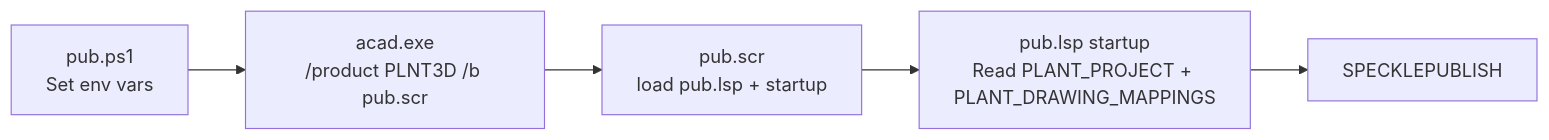
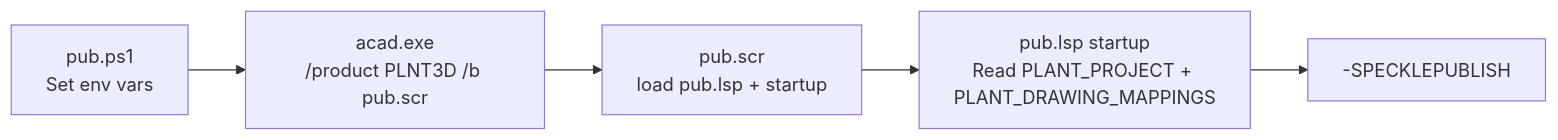
The second of 4 diagrams in Connectors/Autocad/Speckle.Connectors.Plant3dShared/Automation/readme.md (jcbsteve/speckle-sharp-connectors-fork), drawn with Mermaid before and after one commit. The commit also changed other lines of this file and 2 other files, not shown here.

````diff
--- a/Connectors/Autocad/Speckle.Connectors.Plant3dShared/Automation/readme.md
+++ b/Connectors/Autocad/Speckle.Connectors.Plant3dShared/Automation/readme.md
@@ -60,9 +74,9 @@
 ```mermaid
 flowchart LR
     P1[pub.ps1<br/>Set env vars]
     P2[acad.exe<br/>/product PLNT3D /b pub.scr]
     P3[pub.scr<br/>load pub.lsp + startup]
     P4[pub.lsp startup<br/>Read PLANT_PROJECT + PLANT_DRAWING_MAPPINGS]
-    P5[SPECKLEPUBLISH]
+    P5[-SPECKLEPUBLISH]
     P1 --> P2 --> P3 --> P4 --> P5
 ```
````
